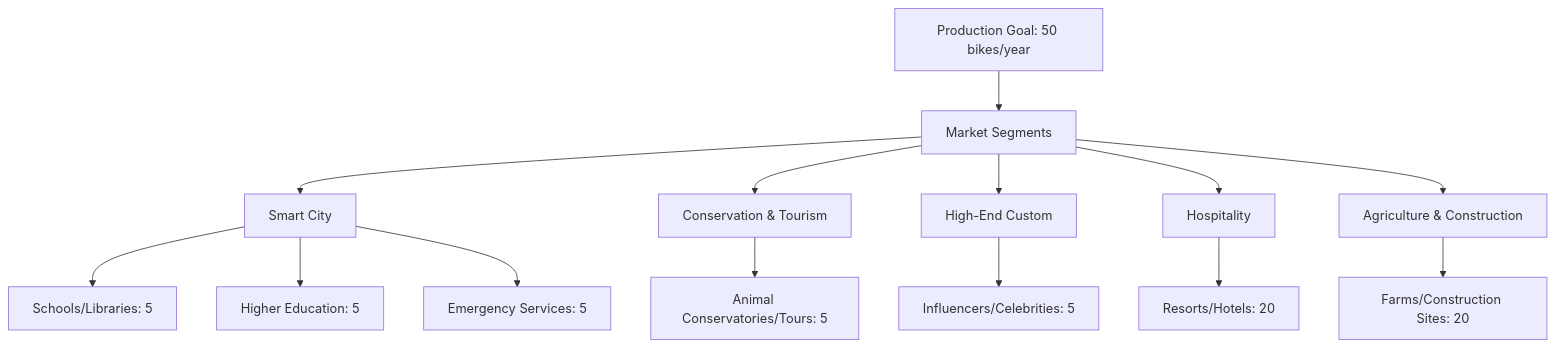
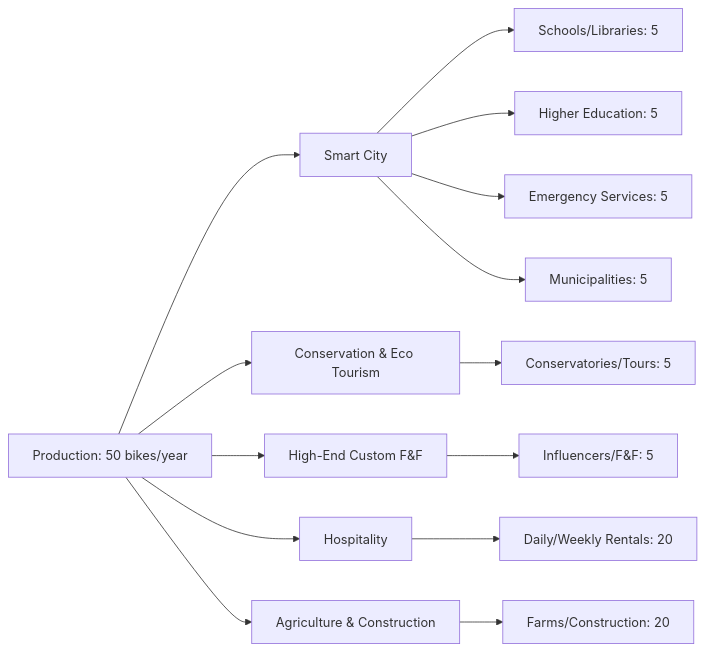
Before and after one commit to Niko-La/bike-repo: the first of 2 diagrams in README.md, drawn with Mermaid. The commit also changed other lines of this file, not shown here.

````diff
--- a/README.md
+++ b/README.md
@@ -86,16 +85,18 @@
 ```mermaid
-graph TD
-    A[Production Goal: 50 bikes/year] --> B[Market Segments]
-    B --> C[Smart City]
-    B --> D[Conservation & Tourism]
-    B --> E[High-End Custom]
-    B --> F[Hospitality]
-    B --> G[Agriculture & Construction]
-    C --> H[Schools/Libraries: 5]
-    C --> I[Higher Education: 5]
-    C --> J[Emergency Services: 5]
-    D --> K[Animal Conservatories/Tours: 5]
-    E --> L[Influencers/Celebrities: 5]
-    F --> M[Resorts/Hotels: 20]
-    G --> N[Farms/Construction Sites: 20]
+graph LR
+    A[Production: 50 bikes/year]
+    A --> B[Smart City]
+    A --> C[Conservation & Eco Tourism]
+    A --> D[High-End Custom F&F]
+    A --> E[Hospitality]
+    A --> F[Agriculture & Construction]
+    B --> B1[Schools/Libraries: 5]
+    B --> B2[Higher Education: 5]
+    B --> B3[Emergency Services: 5]
+    B --> B4[Municipalities: 5]
+    C --> C1[Conservatories/Tours: 5]
+    D --> D1[Influencers/F&F: 5]
+    E --> E1[Daily/Weekly Rentals: 20]
+    F --> F1[Farms/Construction: 20]
+
 ```
````
